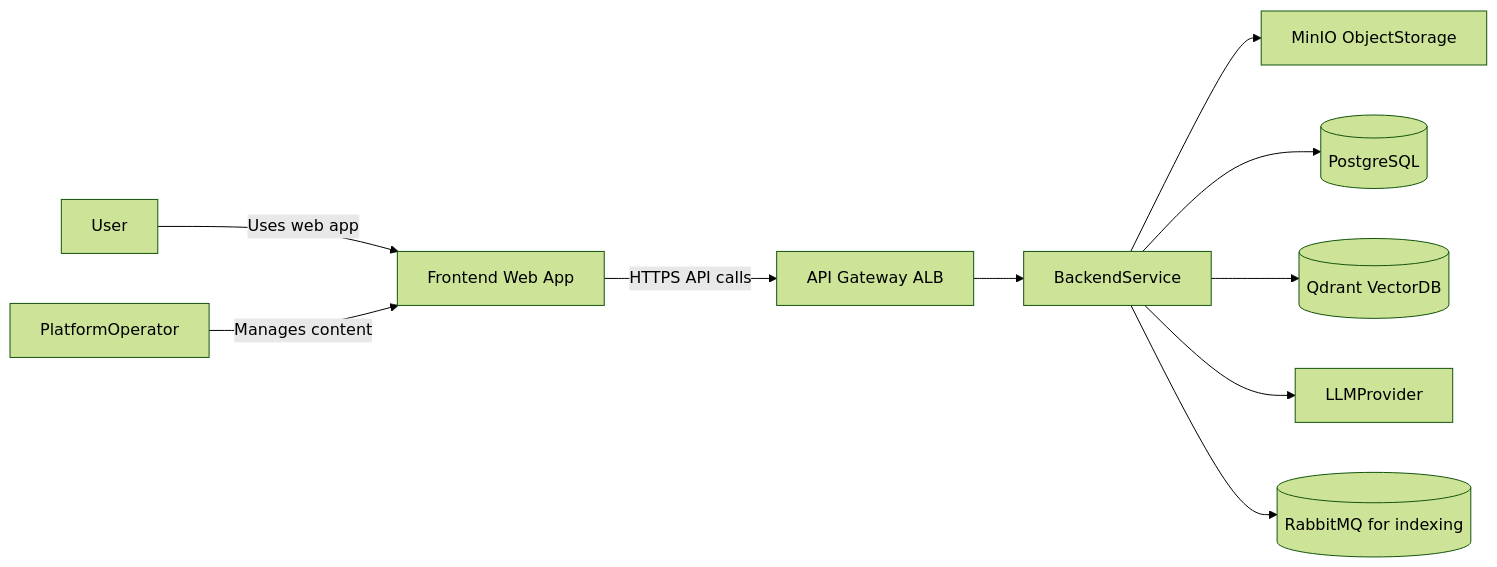
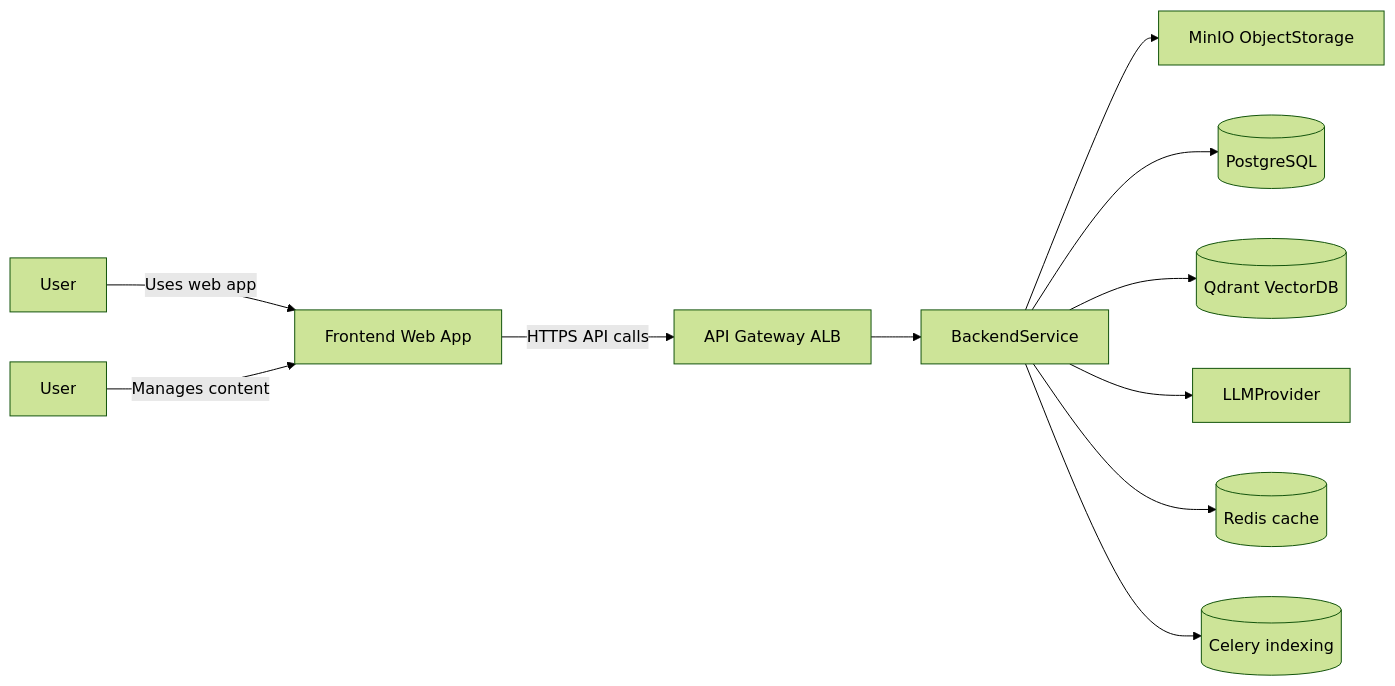
Before and after one commit to BeketML/EduAI: the first of 4 diagrams in documents/AVD.md, drawn with Mermaid (forest theme). The commit also changed other lines of this file and 42 other files, not shown here.

````diff
--- a/documents/AVD.md
+++ b/documents/AVD.md
@@ -119,12 +118,13 @@
 ```mermaid
 flowchart LR
   user[User] -->|"Uses web app"| frontend[Frontend Web App]
-  operator[PlatformOperator] -->|"Manages content"| frontend
+  user2[User] -->|"Manages content"| frontend
   frontend -->|"HTTPS API calls"| apiGateway[API Gateway ALB]
   apiGateway --> backendService[BackendService]
   backendService --> objectStorage[MinIO ObjectStorage]
   backendService --> postgres[(PostgreSQL)]
   backendService --> qdrant[(Qdrant VectorDB)]
   backendService --> llmProvider[LLMProvider]
-  backendService --> rabbitmq[(RabbitMQ for indexing)]
+  backendService --> redis[(Redis cache)]
+  backendService --> celery[(Celery indexing)]
 ```
````
